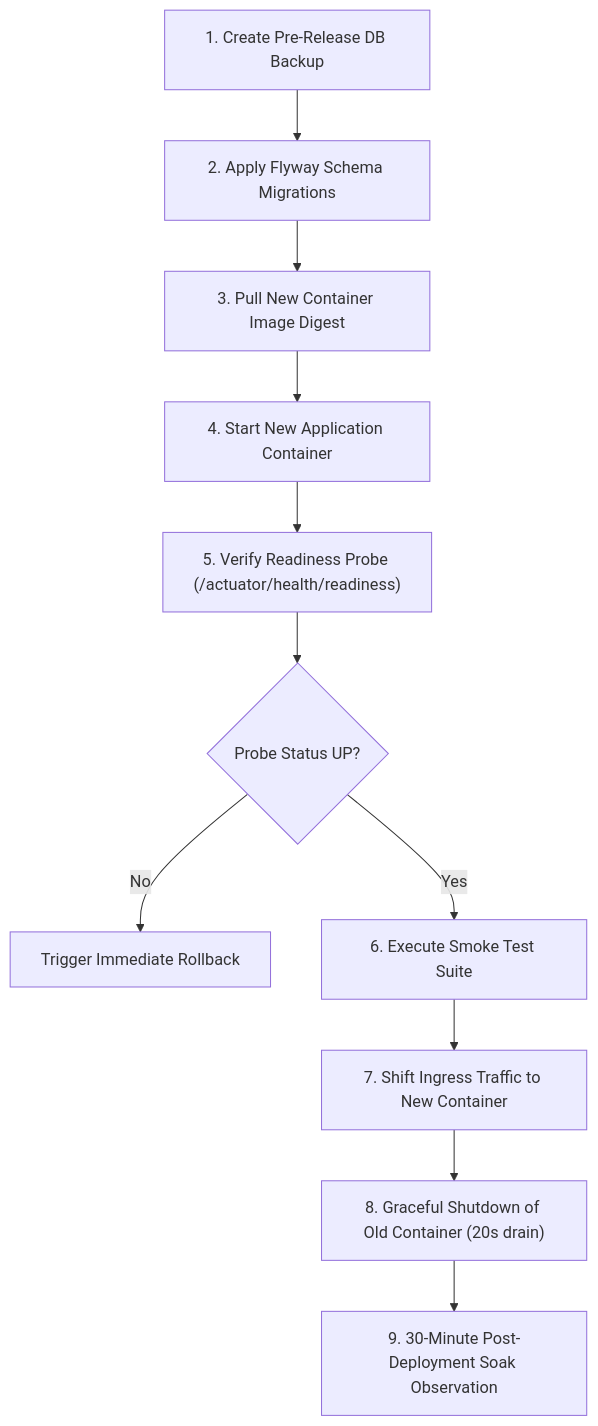
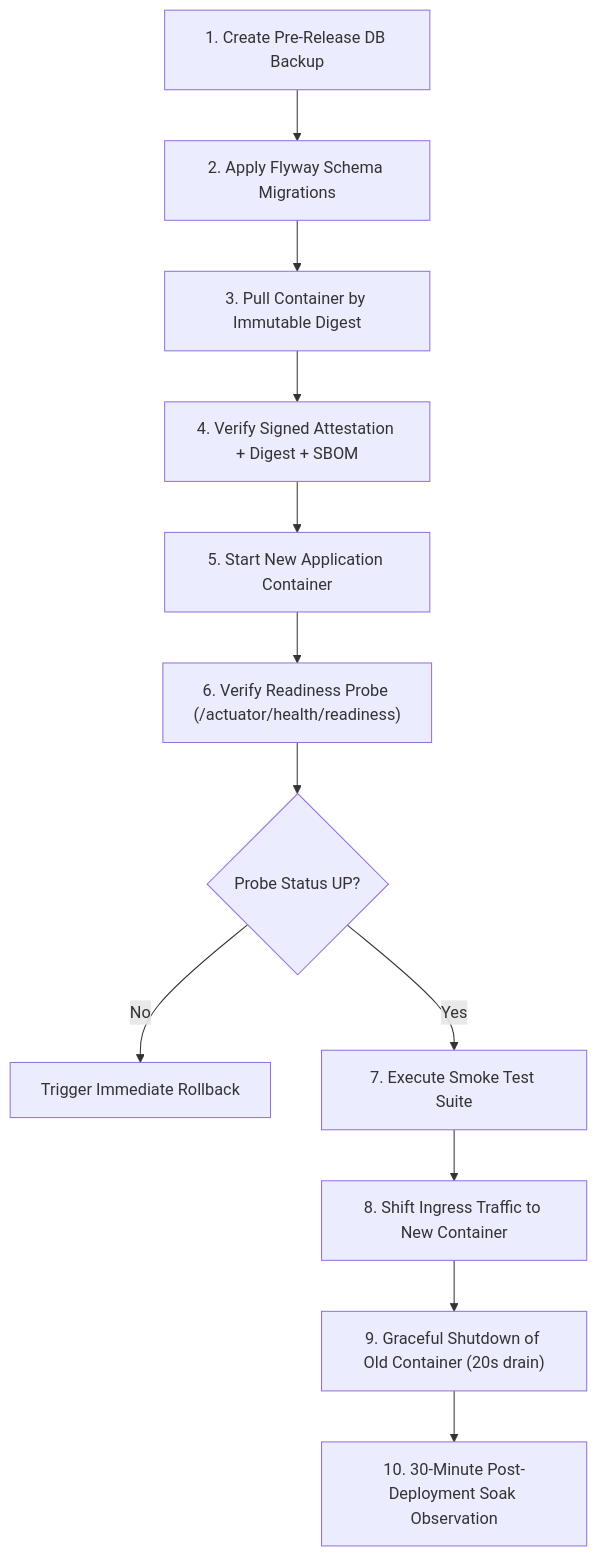
One commit to Ankit8303/distributed-payment-platform changed the diagram in docs/operations/controlled-rollout.md. Above: the diagram before and after it, drawn with Mermaid. The commit also changed other lines of this file, not shown here.

Commit message:
security: require attestation verification before deployment (#13)

````diff
--- a/docs/operations/controlled-rollout.md
+++ b/docs/operations/controlled-rollout.md
@@ -33,13 +34,14 @@
 ```mermaid
 graph TD
     A["1. Create Pre-Release DB Backup"] --> B["2. Apply Flyway Schema Migrations"]
-    B --> C["3. Pull New Container Image Digest"]
-    C --> D["4. Start New Application Container"]
-    D --> E["5. Verify Readiness Probe (/actuator/health/readiness)"]
-    E --> F{"Probe Status UP?"}
-    F -->|No| G["Trigger Immediate Rollback"]
-    F -->|Yes| H["6. Execute Smoke Test Suite"]
-    H --> I["7. Shift Ingress Traffic to New Container"]
-    I --> J["8. Graceful Shutdown of Old Container (20s drain)"]
-    J --> K["9. 30-Minute Post-Deployment Soak Observation"]
+    B --> C["3. Pull Container by Immutable Digest"]
+    C --> D["4. Verify Signed Attestation + Digest + SBOM"]
+    D --> E["5. Start New Application Container"]
+    E --> F["6. Verify Readiness Probe (/actuator/health/readiness)"]
+    F --> G{"Probe Status UP?"}
+    G -->|No| H["Trigger Immediate Rollback"]
+    G -->|Yes| I["7. Execute Smoke Test Suite"]
+    I --> J["8. Shift Ingress Traffic to New Container"]
+    J --> K["9. Graceful Shutdown of Old Container (20s drain)"]
+    K --> L["10. 30-Minute Post-Deployment Soak Observation"]
 ```
````
